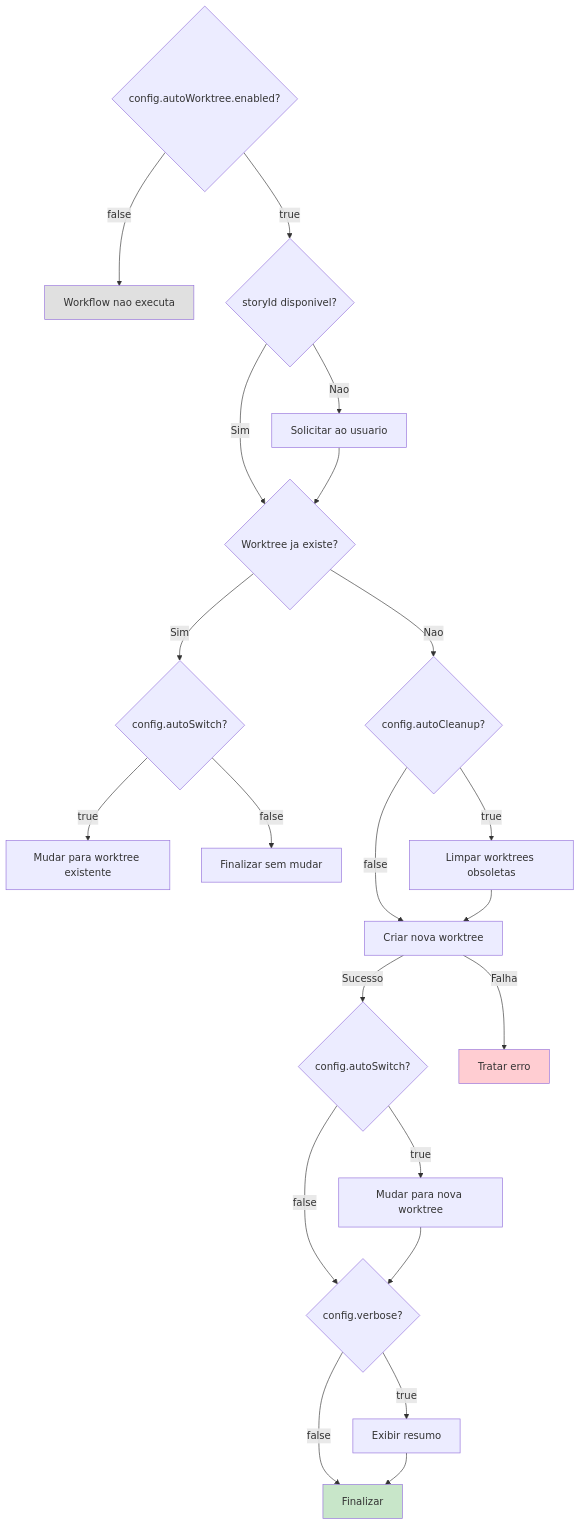
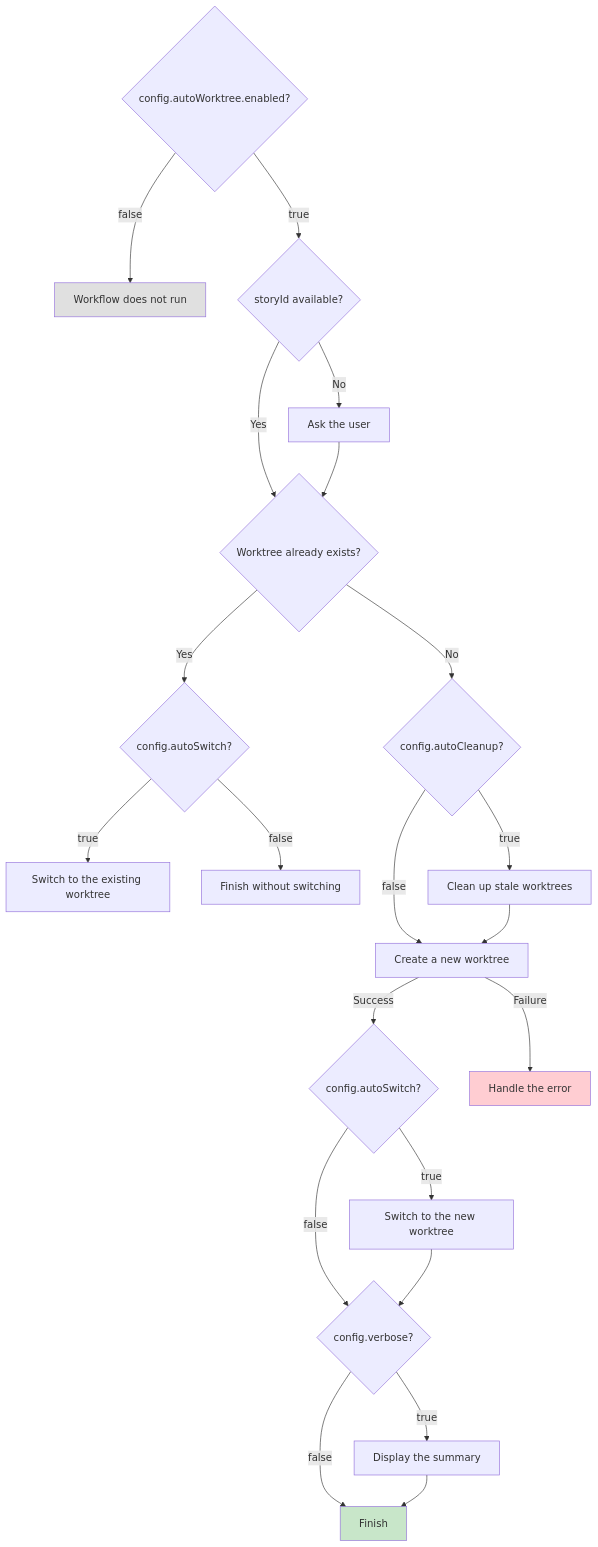
The fourth of 5 diagrams in docs/guides/workflows/AUTO-WORKTREE-WORKFLOW.md (CyryxLabs/AEXOS), drawn with Mermaid before and after one commit. The commit also changed other lines of this file and 528 other files, not shown here.

````diff
--- a/docs/guides/workflows/AUTO-WORKTREE-WORKFLOW.md
+++ b/docs/guides/workflows/AUTO-WORKTREE-WORKFLOW.md
@@ -530,41 +530,41 @@
 ```mermaid
 flowchart TD
     D1{config.autoWorktree.enabled?}
-    D1 -->|false| SKIP[Workflow nao executa]
+    D1 -->|false| SKIP[Workflow does not run]
     D1 -->|true| D2
 
-    D2{storyId disponivel?}
-    D2 -->|Nao| PROMPT[Solicitar ao usuario]
-    D2 -->|Sim| D3
+    D2{storyId available?}
+    D2 -->|No| PROMPT[Ask the user]
+    D2 -->|Yes| D3
     PROMPT --> D3
 
-    D3{Worktree ja existe?}
-    D3 -->|Sim| D4
-    D3 -->|Nao| D5
+    D3{Worktree already exists?}
+    D3 -->|Yes| D4
+    D3 -->|No| D5
 
     D4{config.autoSwitch?}
-    D4 -->|true| SWITCH[Mudar para worktree existente]
-    D4 -->|false| DONE[Finalizar sem mudar]
+    D4 -->|true| SWITCH[Switch to the existing worktree]
+    D4 -->|false| DONE[Finish without switching]
 
     D5{config.autoCleanup?}
-    D5 -->|true| CLEANUP[Limpar worktrees obsoletas]
+    D5 -->|true| CLEANUP[Clean up stale worktrees]
     D5 -->|false| CREATE
-    CLEANUP --> CREATE[Criar nova worktree]
+    CLEANUP --> CREATE[Create a new worktree]
 
-    CREATE -->|Sucesso| D6
-    CREATE -->|Falha| ERROR[Tratar erro]
+    CREATE -->|Success| D6
+    CREATE -->|Failure| ERROR[Handle the error]
 
     D6{config.autoSwitch?}
-    D6 -->|true| SWITCH2[Mudar para nova worktree]
+    D6 -->|true| SWITCH2[Switch to the new worktree]
     D6 -->|false| D7
     SWITCH2 --> D7
 
     D7{config.verbose?}
-    D7 -->|true| SUMMARY[Exibir resumo]
-    D7 -->|false| FINISH[Finalizar]
+    D7 -->|true| SUMMARY[Display the summary]
+    D7 -->|false| FINISH[Finish]
     SUMMARY --> FINISH
 
     style SKIP fill:#e0e0e0
     style ERROR fill:#ffcdd2
     style FINISH fill:#c8e6c9
 ```
````
